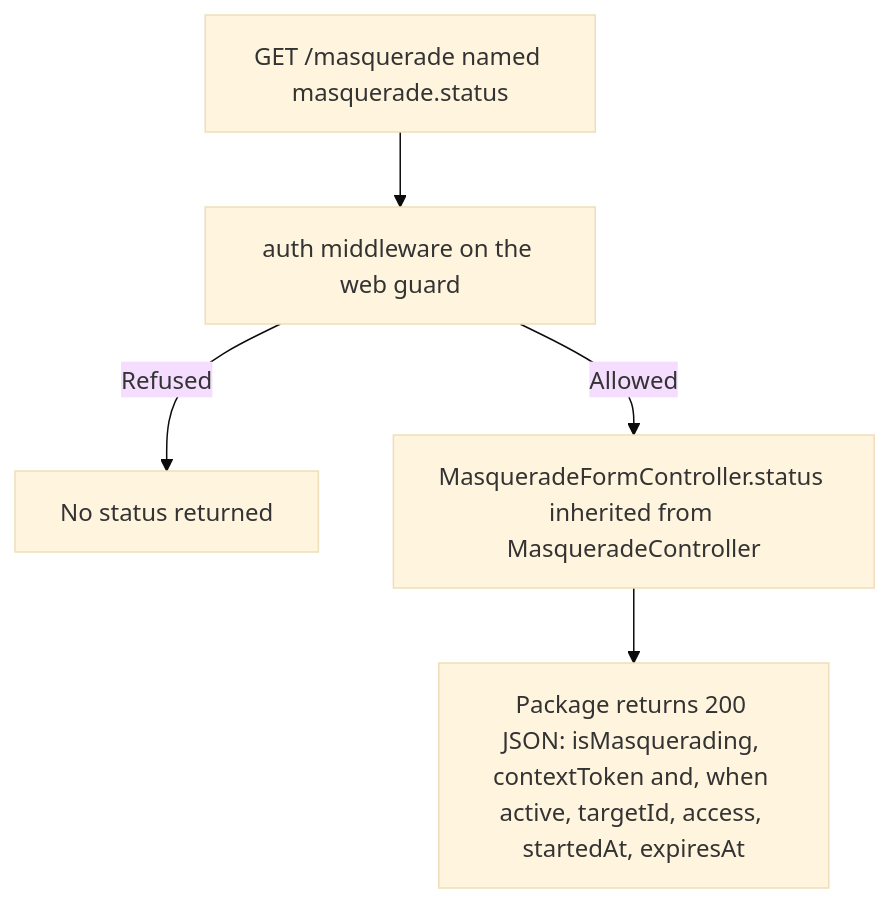
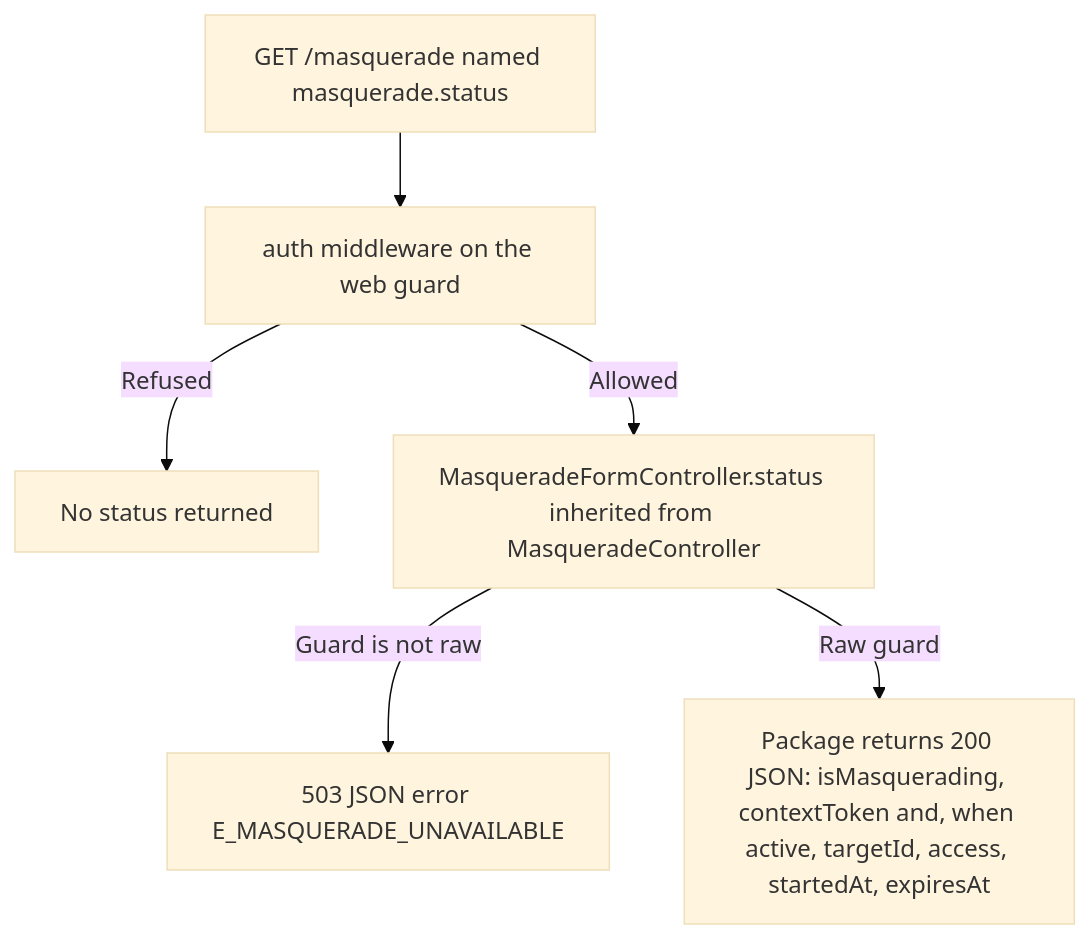
Before and after one commit to Kevinjohn/oss-adonisjs-starter-examples: the second of 2 diagrams in user-stories/support/us-masq-05-read-support-mode-status.md, drawn with Mermaid (base theme). The commit also changed other lines of this file and 4 other files, not shown here.

````diff
--- a/user-stories/support/us-masq-05-read-support-mode-status.md
+++ b/user-stories/support/us-masq-05-read-support-mode-status.md
@@ -39,7 +38,8 @@
 ```mermaid
 flowchart TD
     A["GET /masquerade named masquerade.status"] --> B["auth middleware on the web guard"]
     B -->|"Refused"| C["No status returned"]
     B -->|"Allowed"| D["MasqueradeFormController.status inherited from MasqueradeController"]
-    D --> E["Package returns 200 JSON: isMasquerading, contextToken and, when active, targetId, access, startedAt, expiresAt"]
+    D -->|"Guard is not raw"| F["503 JSON error E_MASQUERADE_UNAVAILABLE"]
+    D -->|"Raw guard"| E["Package returns 200 JSON: isMasquerading, contextToken and, when active, targetId, access, startedAt, expiresAt"]
 ```
````
